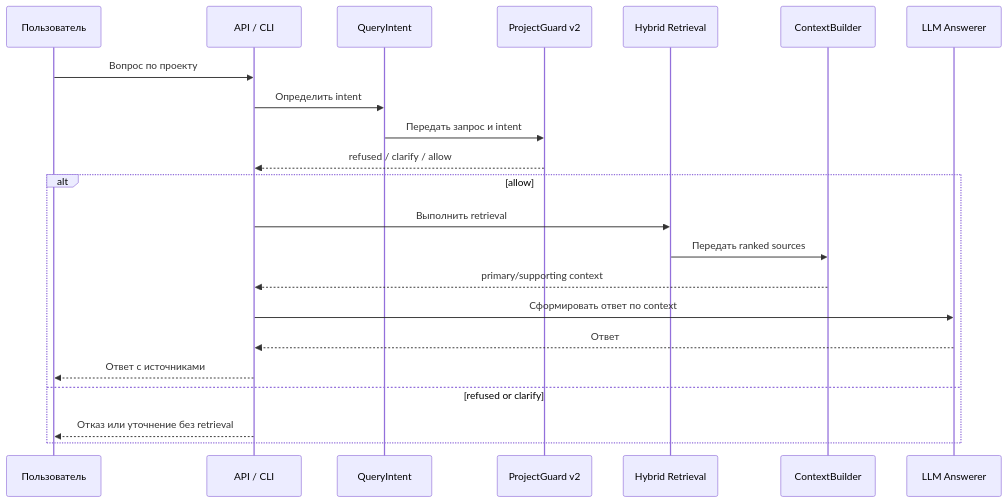
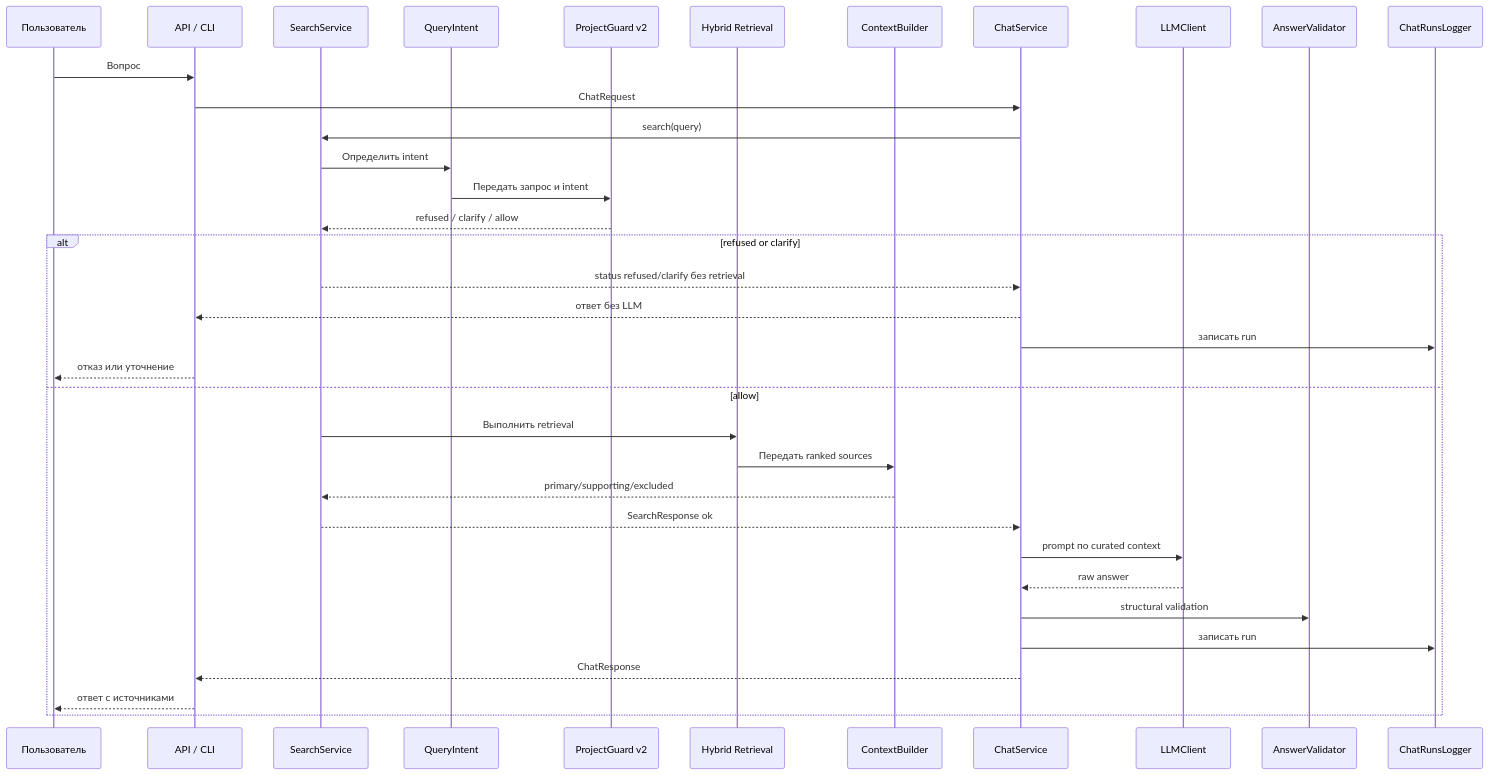
Before and after one commit to Anatoliy-Sysoev/MeetingAgent: the third of 5 diagrams in docs/subprojects/asu-june-bot/product/07_product_architecture_and_relationships.md, drawn with Mermaid. The commit also changed other lines of this file, not shown here.

````diff
--- a/docs/subprojects/asu-june-bot/product/07_product_architecture_and_relationships.md
+++ b/docs/subprojects/asu-june-bot/product/07_product_architecture_and_relationships.md
@@ -56,25 +63,38 @@
 ```mermaid
 sequenceDiagram
     participant U as Пользователь
     participant API as API / CLI
+    participant SS as SearchService
     participant INT as QueryIntent
     participant GRD as ProjectGuard v2
     participant RET as Hybrid Retrieval
     participant CTX as ContextBuilder
-    participant LLM as LLM Answerer
+    participant CHAT as ChatService
+    participant LLM as LLMClient
+    participant VAL as AnswerValidator
+    participant LOG as ChatRunsLogger
 
-    U->>API: Вопрос по проекту
-    API->>INT: Определить intent
+    U->>API: Вопрос
+    API->>CHAT: ChatRequest
+    CHAT->>SS: search(query)
+    SS->>INT: Определить intent
     INT->>GRD: Передать запрос и intent
-    GRD-->>API: refused / clarify / allow
-    alt allow
-        API->>RET: Выполнить retrieval
+    GRD-->>SS: refused / clarify / allow
+    alt refused or clarify
+        SS-->>CHAT: status refused/clarify без retrieval
+        CHAT-->>API: ответ без LLM
+        CHAT->>LOG: записать run
+        API-->>U: отказ или уточнение
+    else allow
+        SS->>RET: Выполнить retrieval
         RET->>CTX: Передать ranked sources
-        CTX-->>API: primary/supporting context
-        API->>LLM: Сформировать ответ по context
-        LLM-->>API: Ответ
-        API-->>U: Ответ с источниками
-    else refused or clarify
-        API-->>U: Отказ или уточнение без retrieval
+        CTX-->>SS: primary/supporting/excluded
+        SS-->>CHAT: SearchResponse ok
+        CHAT->>LLM: prompt по curated context
+        LLM-->>CHAT: raw answer
+        CHAT->>VAL: structural validation
+        CHAT->>LOG: записать run
+        CHAT-->>API: ChatResponse
+        API-->>U: ответ с источниками
     end
 ```
````
